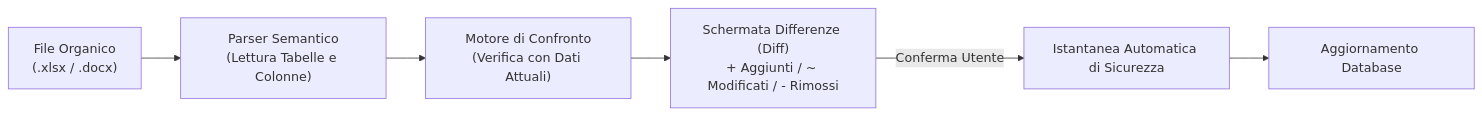
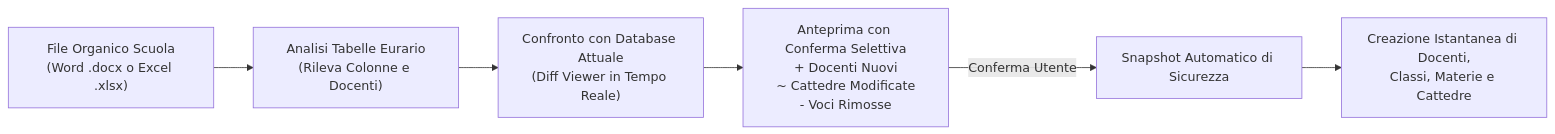
The second of 2 diagrams in docs/getting-started.md (carlorigoni/eurario), drawn with Mermaid before and after one commit. The commit also changed other lines of this file and 7 other files, not shown here.

````diff
--- a/docs/getting-started.md
+++ b/docs/getting-started.md
@@ -186,8 +128,8 @@
 ```mermaid
 flowchart LR
-    File["File Organico\n(.xlsx / .docx)"] --> Parser["Parser Semantico\n(Lettura Tabelle e Colonne)"]
-    Parser --> Matcher["Motore di Confronto\n(Verifica con Dati Attuali)"]
-    Matcher --> DiffModal["Schermata Differenze (Diff)\n+ Aggiunti / ~ Modificati / - Rimossi"]
-    DiffModal -->|"Conferma Utente"| AutoSnapshot["Istantanea Automatica di Sicurezza"]
-    AutoSnapshot --> Apply["Aggiornamento Database"]
+    File["File Organico Scuola\n(Word .docx o Excel .xlsx)"] --> Reader["Analisi Tabelle Eurario\n(Rileva Colonne e Docenti)"]
+    Reader --> DiffEngine["Confronto con Database Attuale\n(Diff Viewer in Tempo Reale)"]
+    DiffEngine --> VisualModal["Anteprima con Conferma Selettiva\n+ Docenti Nuovi\n~ Cattedre Modificate\n- Voci Rimosse"]
+    VisualModal -->|"Conferma Utente"| SafetySnap["Snapshot Automatico di Sicurezza"]
+    SafetySnap --> DatabaseUpdate["Creazione Istantanea di Docenti,\nClassi, Materie e Cattedre"]
 ```
````
